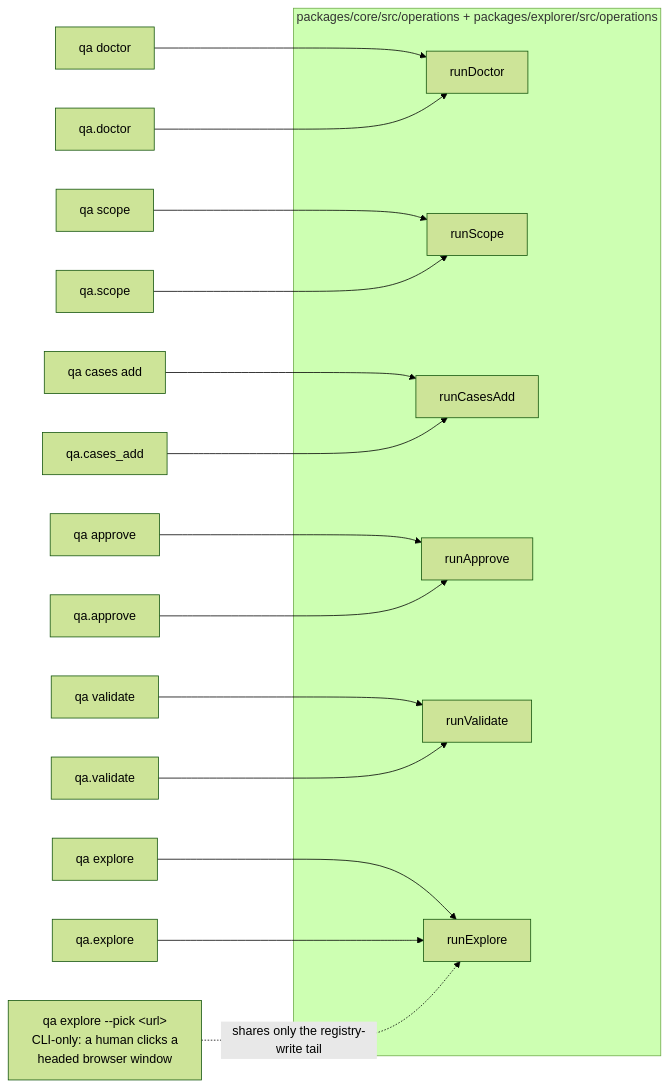
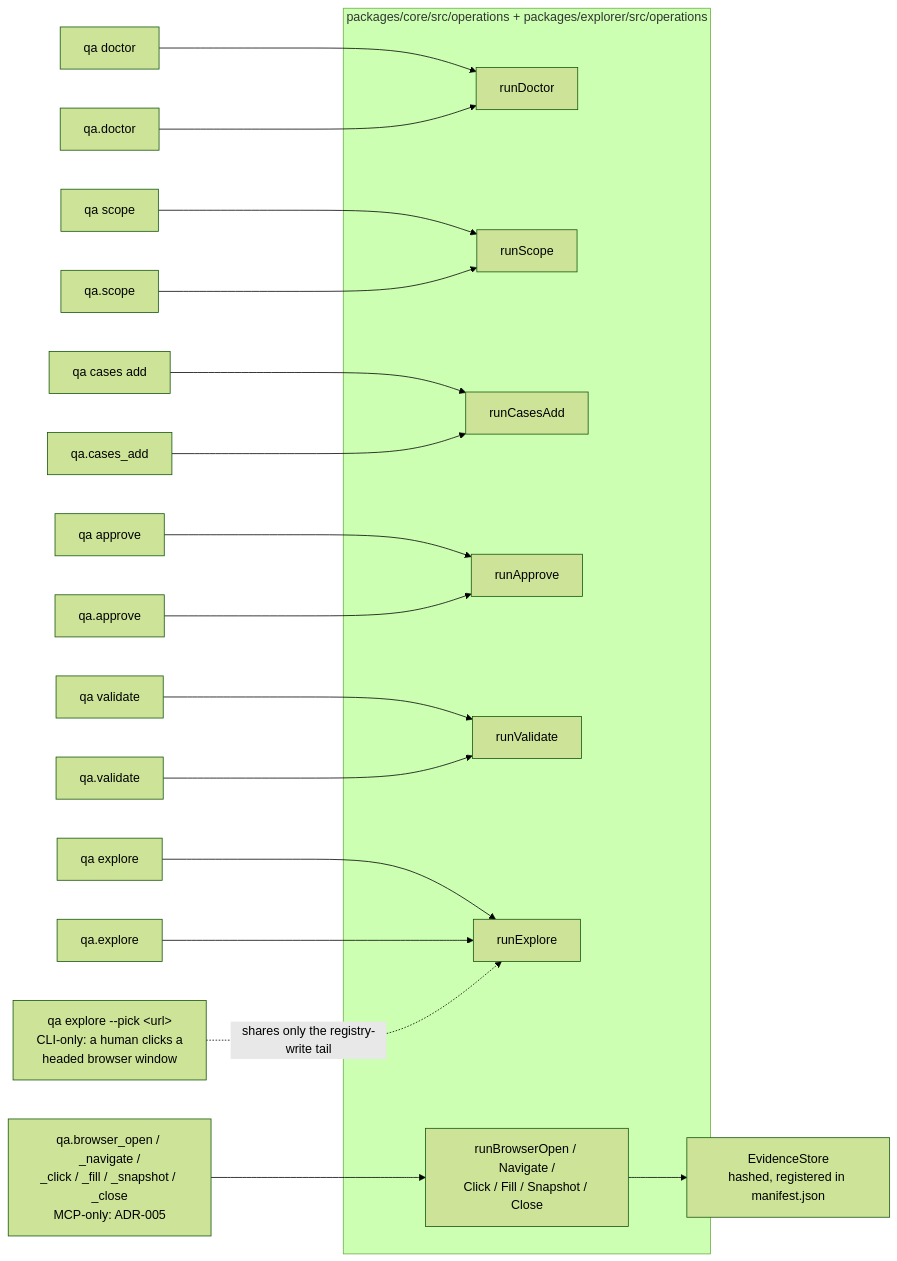
The third of 4 diagrams in docs/public/architecture-diagram.md (Klim-101/QA-AI-STLC), drawn with Mermaid (forest theme) before and after one commit. The commit also changed other lines of this file and 59 other files, not shown here.

First line of the commit message:
feat(mcp): add browser tools with evidence registration (#247)

````diff
--- a/docs/public/architecture-diagram.md
+++ b/docs/public/architecture-diagram.md
@@ -96,26 +96,30 @@
 ```mermaid
 flowchart LR
     subgraph Operations["packages/core/src/operations + packages/explorer/src/operations"]
         doctor["runDoctor"]
         scope["runScope"]
         cases["runCasesAdd"]
         approve["runApprove"]
         validate["runValidate"]
         explore["runExplore"]
+        browser["runBrowserOpen / Navigate /<br/>Click / Fill / Snapshot / Close"]
     end
 
     cliDoctor["qa doctor"] --> doctor
     mcpDoctor["qa.doctor"] --> doctor
     cliScope["qa scope"] --> scope
     mcpScope["qa.scope"] --> scope
     cliCases["qa cases add"] --> cases
     mcpCases["qa.cases_add"] --> cases
     cliApprove["qa approve"] --> approve
     mcpApprove["qa.approve"] --> approve
     cliValidate["qa validate"] --> validate
     mcpValidate["qa.validate"] --> validate
     cliExplore["qa explore"] --> explore
     mcpExplore["qa.explore"] --> explore
 
     pick["qa explore --pick &lt;url&gt;<br/>CLI-only: a human clicks a<br/>headed browser window"] -. "shares only the registry-write tail" .-> explore
+
+    mcpBrowser["qa.browser_open / _navigate /<br/>_click / _fill / _snapshot / _close<br/>MCP-only: ADR-005"] --> browser
+    browser --> evidence["EvidenceStore<br/>hashed, registered in manifest.json"]
 ```
````
